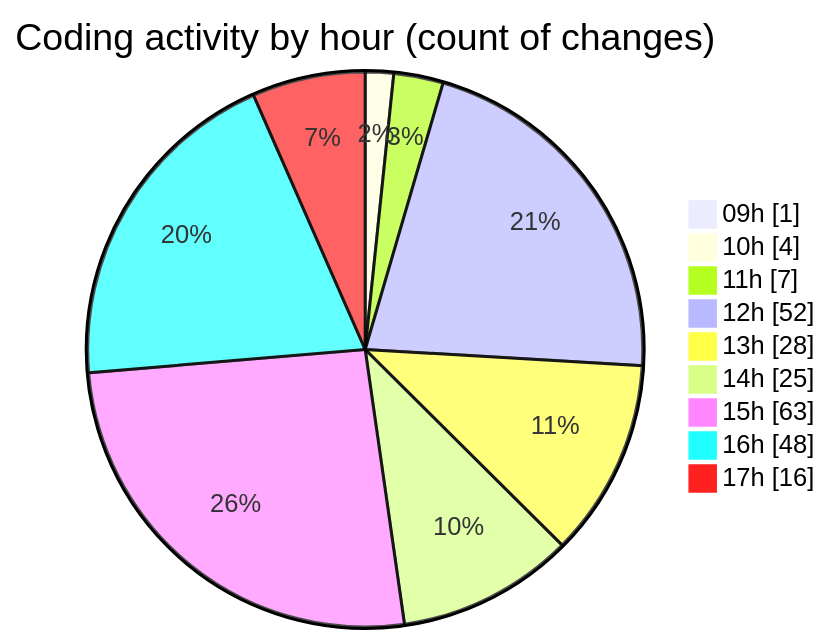
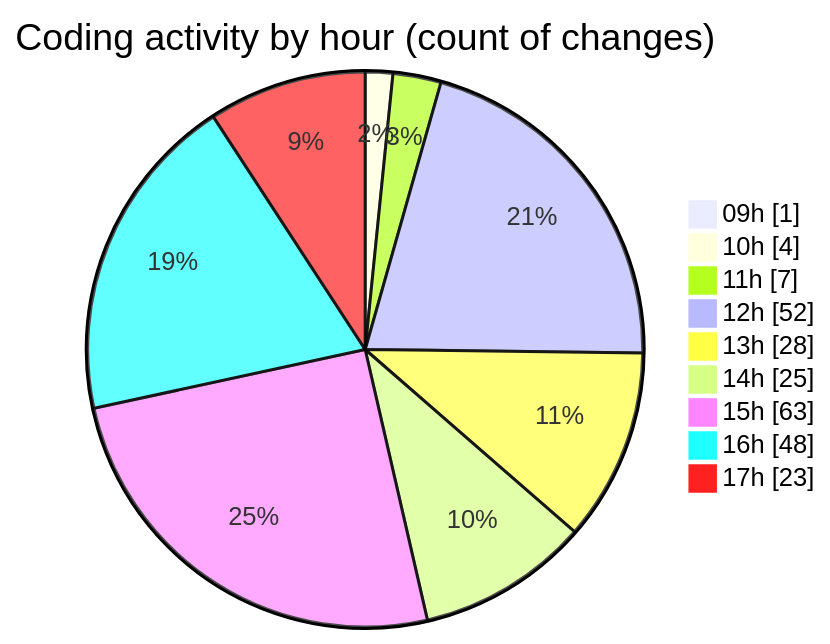
Before and after one commit to momahboobian/code-tracking: the second of 2 diagrams in 2025-04-07/cda/README.md, drawn with Mermaid. The commit also changed other lines of this file and 1 other file, not shown here.

````diff
--- a/2025-04-07/cda/README.md
+++ b/2025-04-07/cda/README.md
@@ -41,13 +42,13 @@
 ```mermaid
 pie showData
 title Coding activity by hour (count of changes)
 "09h" : 1
 "10h" : 4
 "11h" : 7
 "12h" : 52
 "13h" : 28
 "14h" : 25
 "15h" : 63
 "16h" : 48
-"17h" : 16
+"17h" : 23
 ```
````
